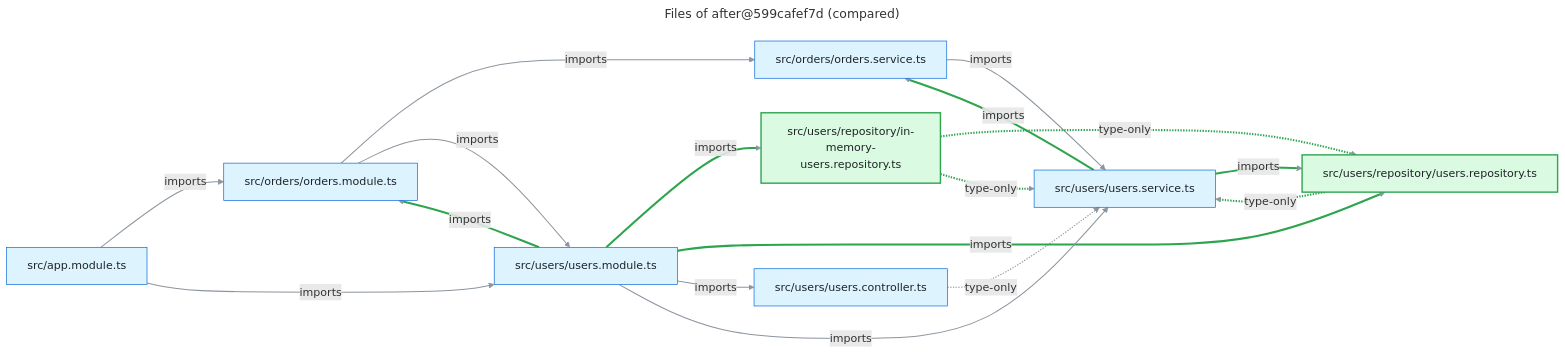
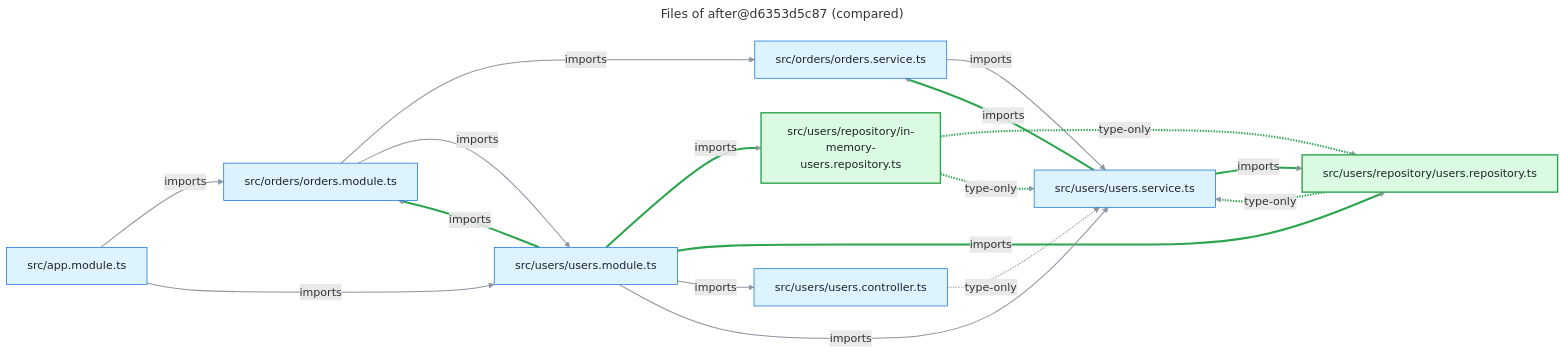
One commit to FullFran/archsieve changed the diagram in examples/nest-shop/files-compare.mmd. Above: the diagram before and after it, drawn with Mermaid. The commit also changed 24 other files, not shown here.

```diff
--- a/examples/nest-shop/files-compare.mmd
+++ b/examples/nest-shop/files-compare.mmd
@@ -1,47 +1,47 @@
 ---
-title: "Files of after@599cafef7d (compared)"
+title: "Files of after@d6353d5c87 (compared)"
 ---
 flowchart LR
   n0["src/app.module.ts"]:::code
   n1["src/orders/orders.module.ts"]:::code
   n2["src/orders/orders.service.ts"]:::code
   n3["src/users/repository/in-memory-users.repository.ts"]:::added
   n4["src/users/repository/users.repository.ts"]:::added
   n5["src/users/users.controller.ts"]:::code
   n6["src/users/users.module.ts"]:::code
   n7["src/users/users.service.ts"]:::code
   n0 -->|"imports"| n1
   n0 -->|"imports"| n6
   n1 -->|"imports"| n2
   n1 -->|"imports"| n6
   n2 -->|"imports"| n7
   n3 -.->|"type-only"| n4
   n3 -.->|"type-only"| n7
   n4 -.->|"type-only"| n7
   n5 -.->|"type-only"| n7
   n6 -->|"imports"| n1
   n6 -->|"imports"| n3
   n6 -->|"imports"| n4
   n6 -->|"imports"| n5
   n6 -->|"imports"| n7
   n7 -->|"imports"| n2
   n7 -->|"imports"| n4
   linkStyle default stroke:#8c959f,stroke-width:1.5px
   linkStyle 5 stroke:#2da44e,stroke-width:3px
   linkStyle 6 stroke:#2da44e,stroke-width:3px
   linkStyle 7 stroke:#2da44e,stroke-width:3px
   linkStyle 9 stroke:#2da44e,stroke-width:3px
   linkStyle 10 stroke:#2da44e,stroke-width:3px
   linkStyle 11 stroke:#2da44e,stroke-width:3px
   linkStyle 14 stroke:#2da44e,stroke-width:3px
   linkStyle 15 stroke:#2da44e,stroke-width:3px
   classDef code fill:#ddf4ff,stroke:#0969da,color:#1f2328
   classDef external fill:#fff8c5,stroke:#9a6700,color:#1f2328
   classDef module fill:#fbefff,stroke:#8250df,color:#1f2328
   classDef added fill:#dafbe1,stroke:#2da44e,stroke-width:2px,color:#1f2328
   classDef removed fill:#ffebe9,stroke:#cf222e,stroke-dasharray:4 3,color:#1f2328
   classDef boundary fill:#f6f8fa,stroke:#57606a,stroke-dasharray:6 4,color:#1f2328
   classDef container fill:#ddf4ff,stroke:#0969da,stroke-width:2px,color:#1f2328
   classDef unverified fill:#ffffff,stroke:#0969da,stroke-width:2px,stroke-dasharray:5 3,color:#1f2328
   classDef undeclared fill:#fff1e5,stroke:#bc4c00,stroke-width:2px,color:#1f2328
   classDef focus fill:#ddf4ff,stroke:#0969da,stroke-width:4px,color:#1f2328
```
